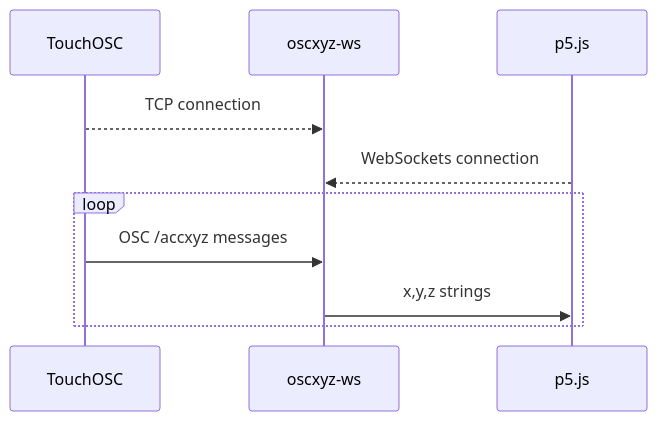
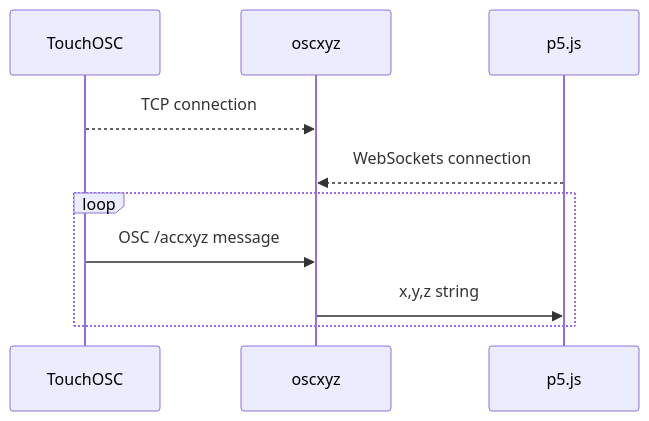
Before and after one commit to rahji/oscxyz: the diagram in README.md, drawn with Mermaid. The commit also changed other lines of this file and 1 other file, not shown here.

````diff
--- a/README.md
+++ b/README.md
@@ -13,9 +11,9 @@
 ```mermaid
 sequenceDiagram
-TouchOSC-->>oscxyz-ws: TCP connection 
-p5.js-->>oscxyz-ws: WebSockets connection 
+TouchOSC-->>oscxyz: TCP connection 
+p5.js-->>oscxyz: WebSockets connection 
 loop 
-  TouchOSC->>oscxyz-ws: OSC /accxyz messages
-  oscxyz-ws->>p5.js: x,y,z strings
+  TouchOSC->>oscxyz: OSC /accxyz message
+  oscxyz->>p5.js: x,y,z string
 end
 ```
````
